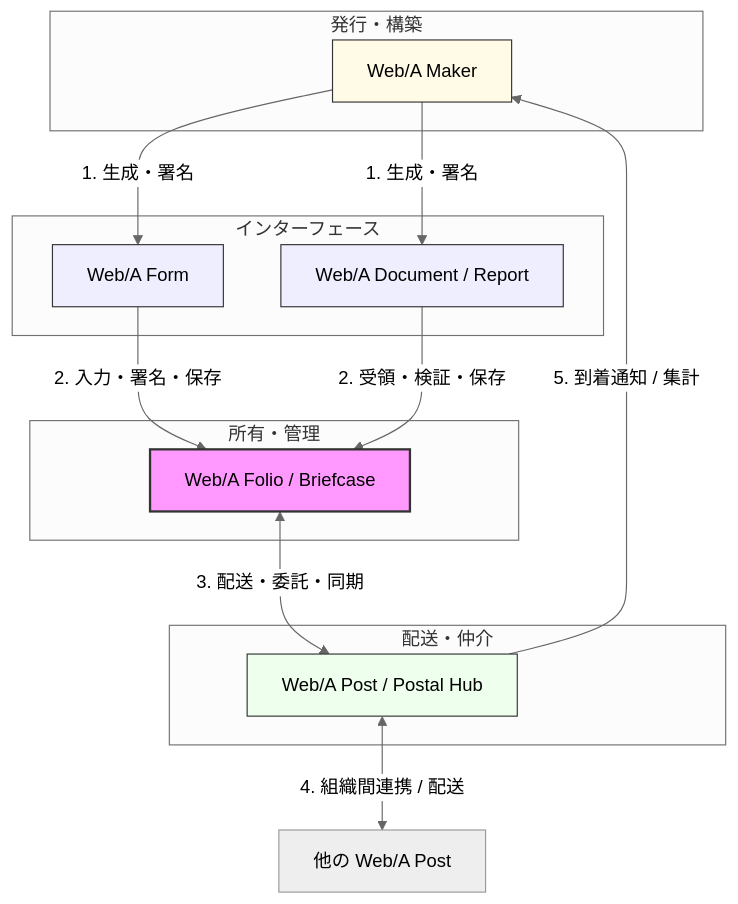
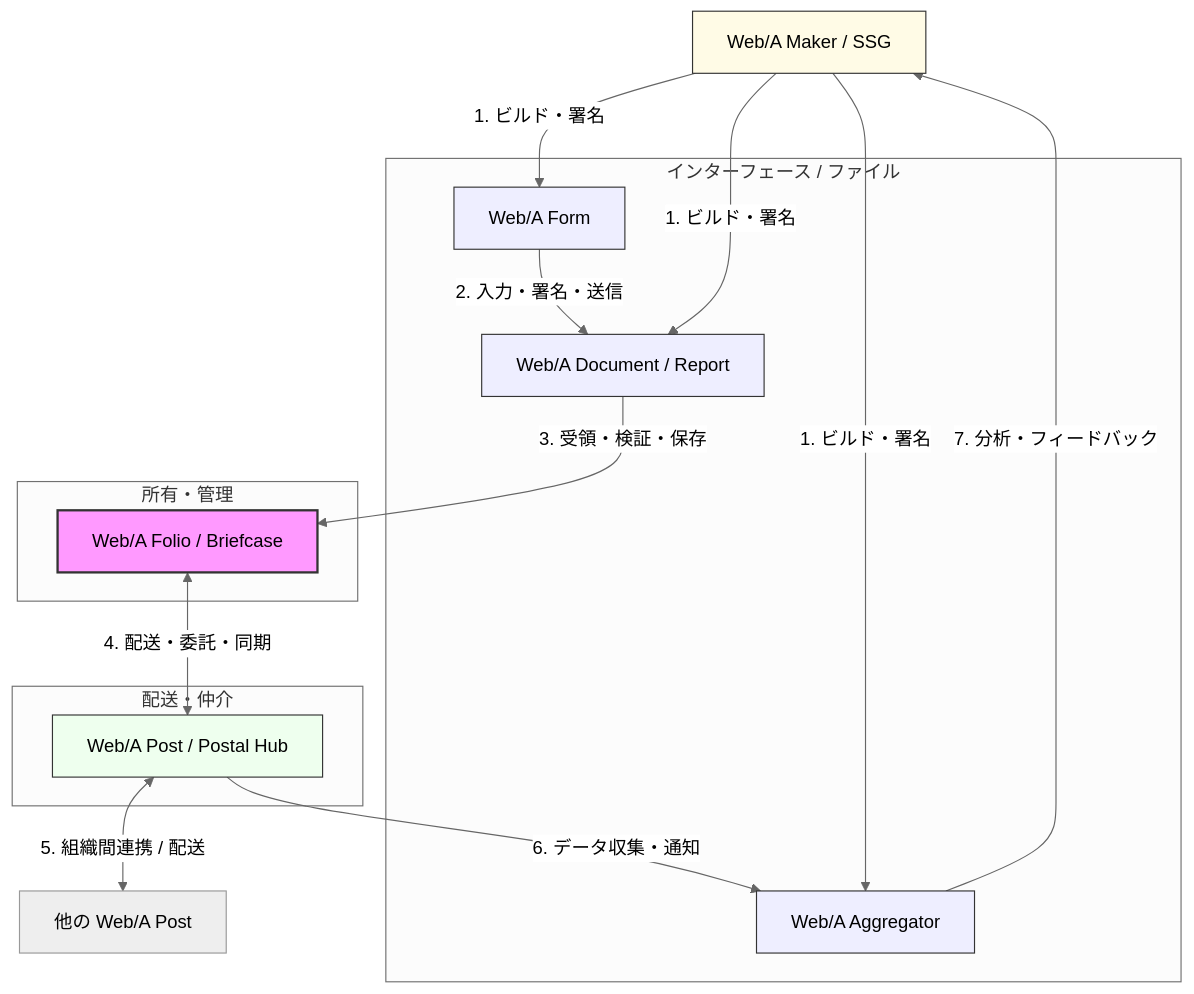
Before and after one commit to masanork/srn: the diagram in sites/srn/content/papers/web-a-ecosystem.ja.md, drawn with Mermaid (neutral theme). The commit also changed other lines of this file and 4 other files, not shown here.

Commit message:
docs: Update Web/A ecosystem diagram, refine key management terminology, remove roadmap links, and adjust navigation styling.

````diff
--- a/sites/srn/content/papers/web-a-ecosystem.ja.md
+++ b/sites/srn/content/papers/web-a-ecosystem.ja.md
@@ -20,42 +20,44 @@
 ```mermaid
 graph TD
     classDef highlight fill:#f9f,stroke:#333,stroke-width:2px;
     classDef blue fill:#eef,stroke:#333,stroke-width:1px;
     classDef green fill:#efe,stroke:#333,stroke-width:1px;
     classDef yellow fill:#fffbe6,stroke:#333,stroke-width:1px;
 
-    subgraph Foundry [発行・構築]
-        Maker[Web/A Maker]
-    end
+    %% エンジン
+    Maker[Web/A Maker / SSG]
 
-    subgraph Documents [インターフェース]
+    subgraph Documents [インターフェース / ファイル]
         Form[Web/A Form]
         Doc[Web/A Document / Report]
+        Aggregator[Web/A Aggregator]
     end
 
     subgraph Storage [所有・管理]
         Folio[Web/A Folio / Briefcase]
     end
 
     subgraph Network [配送・仲介]
         Post[Web/A Post / Postal Hub]
     end
 
     %% リレーション
-    Maker -->|1. 生成・署名| Form
-    Maker -->|1. 生成・署名| Doc
+    Maker -->|1. ビルド・署名| Form
+    Maker -->|1. ビルド・署名| Doc
+    Maker -->|1. ビルド・署名| Aggregator
     
-    Form -->|2. 入力・署名・保存| Folio
-    Doc -->|2. 受領・検証・保存| Folio
+    Form -->|2. 入力・署名・送信| Doc
+    Doc -->|3. 受領・検証・保存| Folio
     
-    Folio <-->|3. 配送・委託・同期| Post
-    Post <-->|4. 組織間連携 / 配送| Post2[他の Web/A Post]
+    Folio <-->|4. 配送・委託・同期| Post
+    Post <-->|5. 組織間連携 / 配送| Post2[他の Web/A Post]
     
-    Post -->|5. 到着通知 / 集計| Maker
+    Post -->|6. データ収集・通知| Aggregator
+    Aggregator -->|7. 分析・フィードバック| Maker
 
     %% クラス適用
     class Maker yellow;
-    class Form,Doc blue;
+    class Form,Doc,Aggregator blue;
     class Folio highlight;
     class Post green;
 ```
````
